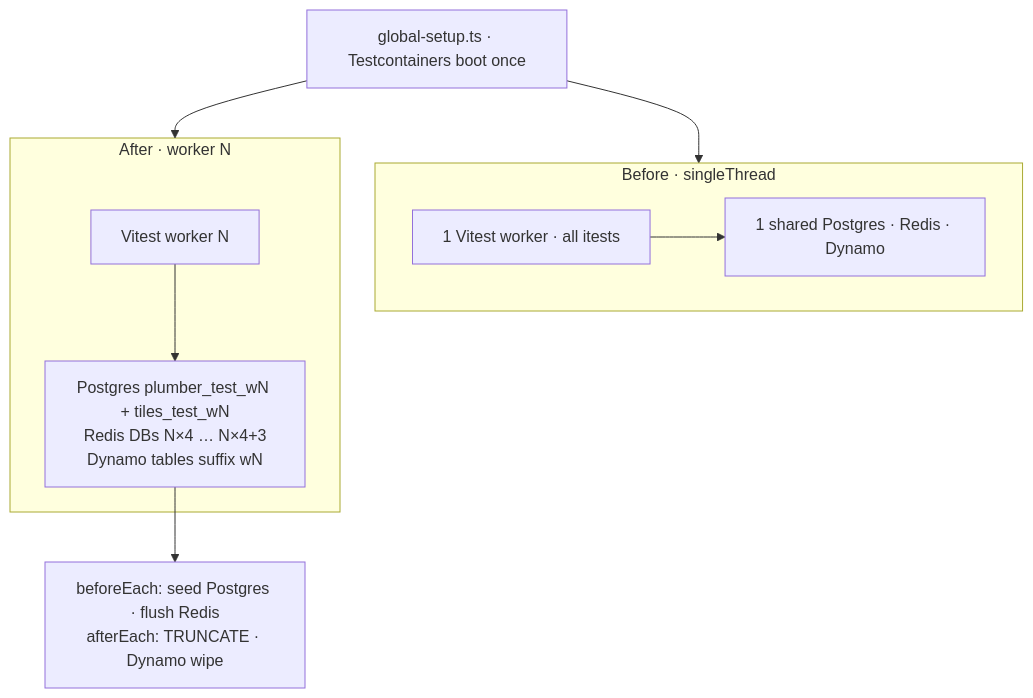
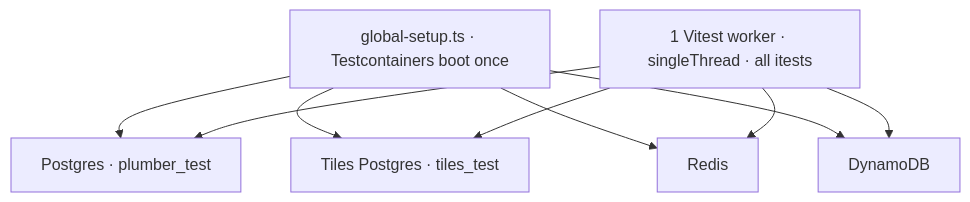
One commit to opengovsg/plumber changed the third of 4 diagrams in docs/blog-speeding-up-vitest-tests.md. Above: the diagram before and after it, drawn with Mermaid. The commit also changed other lines of this file, not shown here.

Commit message:
docs: split worker isolation into before/after diagrams with per-DB blocks

````diff
--- a/docs/blog-speeding-up-vitest-tests.md
+++ b/docs/blog-speeding-up-vitest-tests.md
@@ -133,22 +124,21 @@
 ```mermaid
 flowchart TB
   GS["global-setup.ts · Testcontainers boot once"]
 
-  subgraph before ["Before · singleThread"]
-    B_W["1 Vitest worker · all itests"]
-    B_DB["1 shared Postgres · Redis · Dynamo"]
-    B_W --> B_DB
-  end
+  W["1 Vitest worker · singleThread · all itests"]
 
-  subgraph after ["After · worker N"]
-    W["Vitest worker N"]
-    SLICE["Postgres plumber_test_wN + tiles_test_wN\nRedis DBs N×4 … N×4+3\nDynamo tables suffix wN"]
-    W --> SLICE
-  end
+  PG["Postgres · plumber_test"]
+  TP["Tiles Postgres · tiles_test"]
+  R["Redis"]
+  D["DynamoDB"]
 
-  GS --> before
-  GS --> after
+  GS --> PG
+  GS --> TP
+  GS --> R
+  GS --> D
 
-  HOOK["beforeEach: seed Postgres · flush Redis\nafterEach: TRUNCATE · Dynamo wipe"]
-  SLICE --> HOOK
+  W --> PG
+  W --> TP
+  W --> R
+  W --> D
 ```
````
